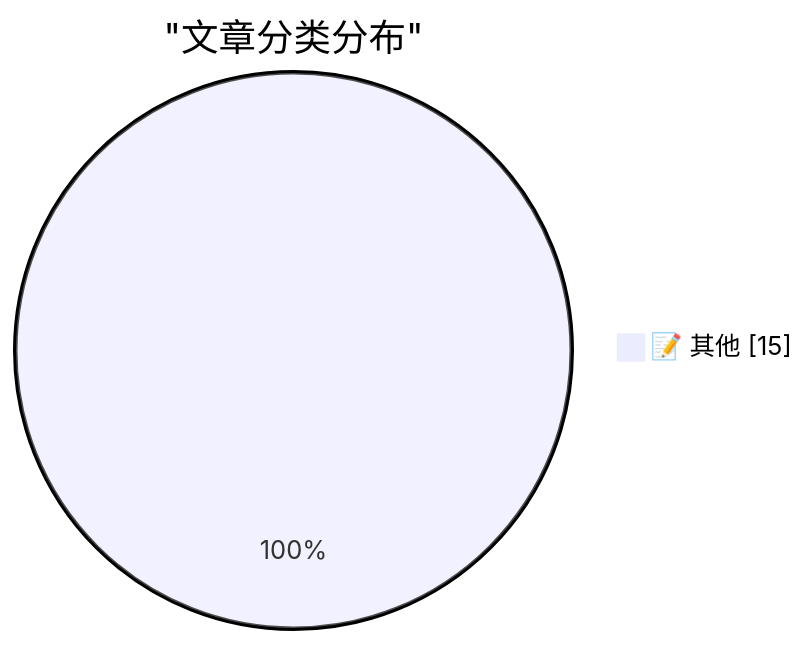
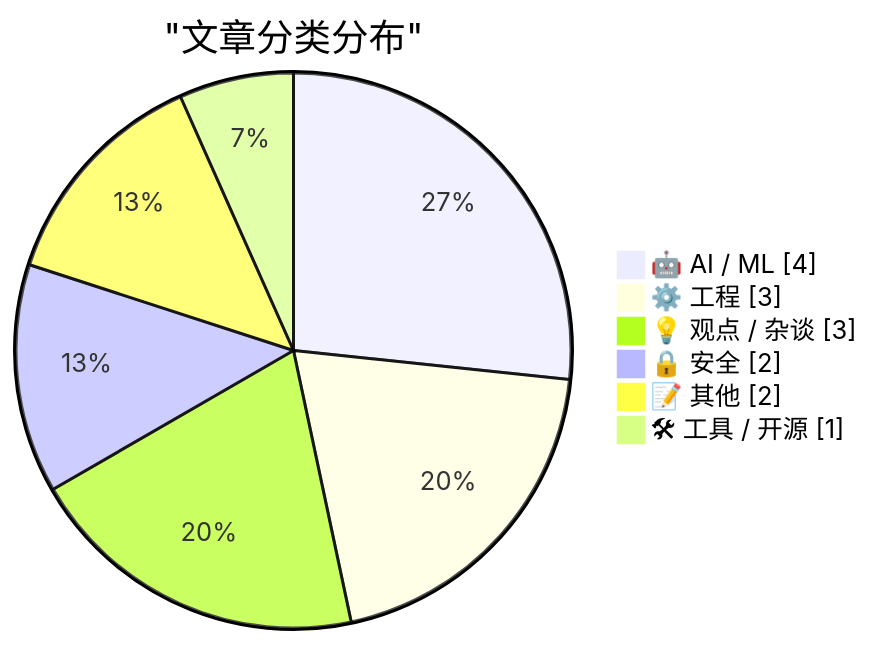
One commit to NicCraver/ai-daily-digest-web changed the first of 2 diagrams in data/digest-20260709.md. Above: the diagram before and after it, drawn with Mermaid. The commit also changed other lines of this file and 2 other files, not shown here.

````diff
--- a/data/digest-20260709.md
+++ b/data/digest-20260709.md
@@ -35,5 +53,10 @@
 ```mermaid
 pie showData
     title "文章分类分布"
-    "📝 其他" : 15
+    "🤖 AI / ML" : 4
+    "⚙️ 工程" : 3
+    "💡 观点 / 杂谈" : 3
+    "🔒 安全" : 2
+    "📝 其他" : 2
+    "🛠 工具 / 开源" : 1
 ```
````
